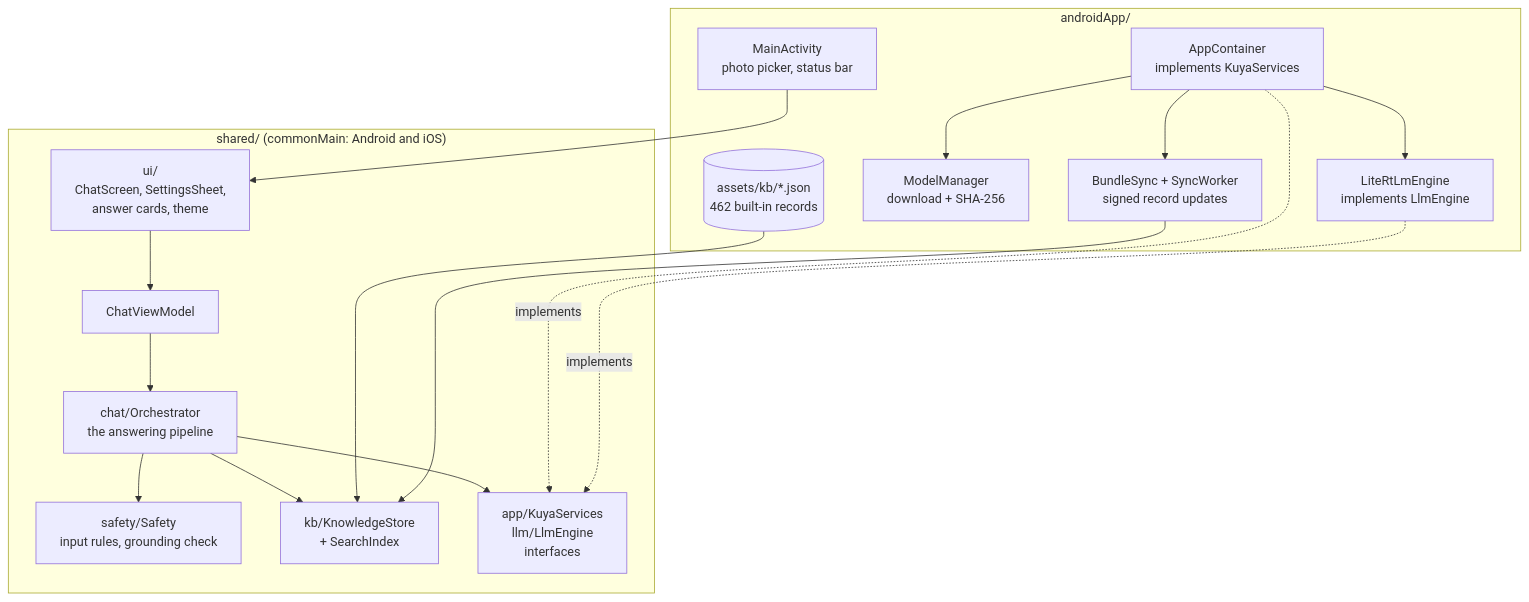
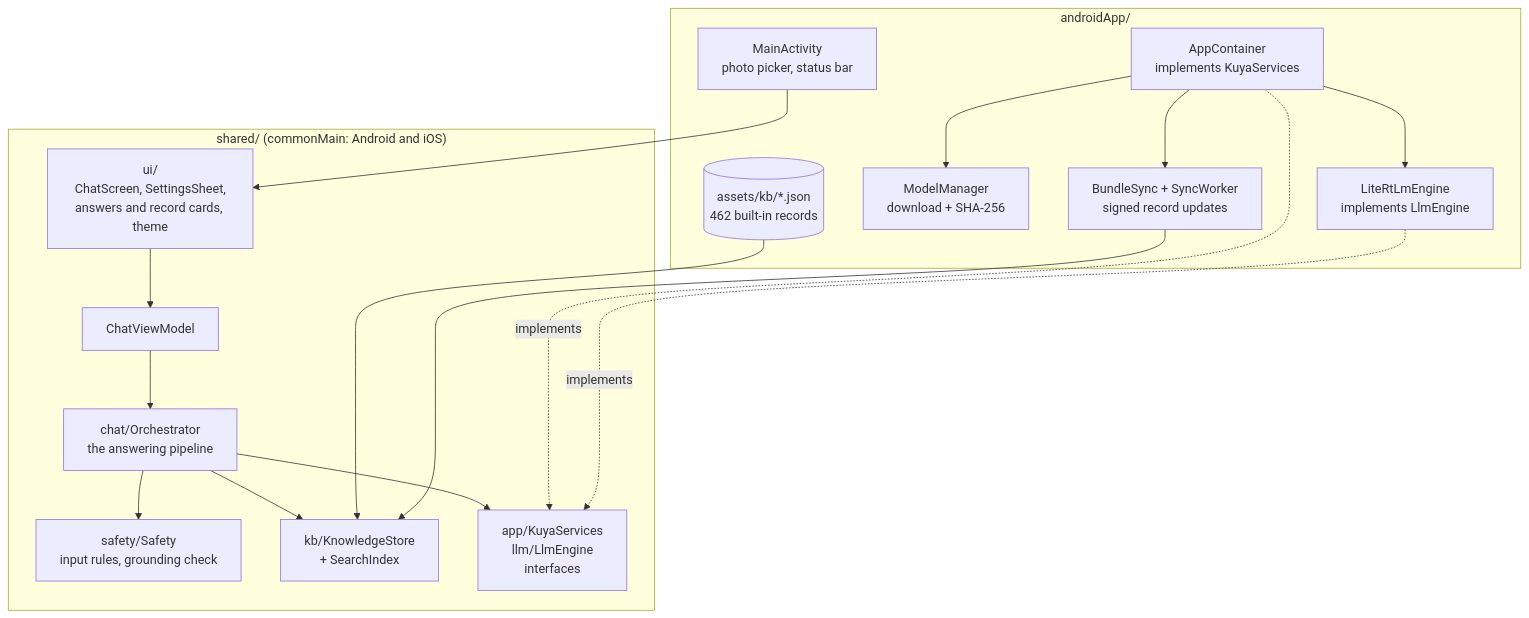
One commit to mr-jones123/kuya-j changed the diagram in docs/architecture.md. Above: the diagram before and after it, drawn with Mermaid. The commit also changed other lines of this file and 28 other files, not shown here.

````diff
--- a/docs/architecture.md
+++ b/docs/architecture.md
@@ -6,29 +6,29 @@
 ```mermaid
 flowchart TB
     subgraph shared["shared/ (commonMain: Android and iOS)"]
-        UI[ui/<br/>ChatScreen, SettingsSheet,<br/>answer cards, theme]
+        UI[ui/<br/>ChatScreen, SettingsSheet,<br/>answers and record cards, theme]
         VM[ChatViewModel]
         O[chat/Orchestrator<br/>the answering pipeline]
         SAF[safety/Safety<br/>input rules, grounding check]
         KB[kb/KnowledgeStore<br/>+ SearchIndex]
         IF[app/KuyaServices<br/>llm/LlmEngine<br/>interfaces]
     end
     subgraph android["androidApp/"]
         MA[MainActivity<br/>photo picker, status bar]
         AC[AppContainer<br/>implements KuyaServices]
         ENG[LiteRtLmEngine<br/>implements LlmEngine]
         MM[ModelManager<br/>download + SHA-256]
         SYNC[BundleSync + SyncWorker<br/>signed record updates]
         ASSETS[(assets/kb/*.json<br/>462 built-in records)]
     end
     UI --> VM --> O
     O --> SAF
     O --> KB
     O --> IF
     MA --> UI
     AC -.implements.-> IF
     ENG -.implements.-> IF
     AC --> ENG & MM & SYNC
     ASSETS --> KB
     SYNC --> KB
 ```
````
